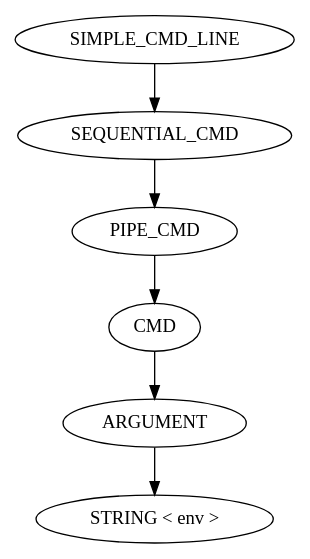
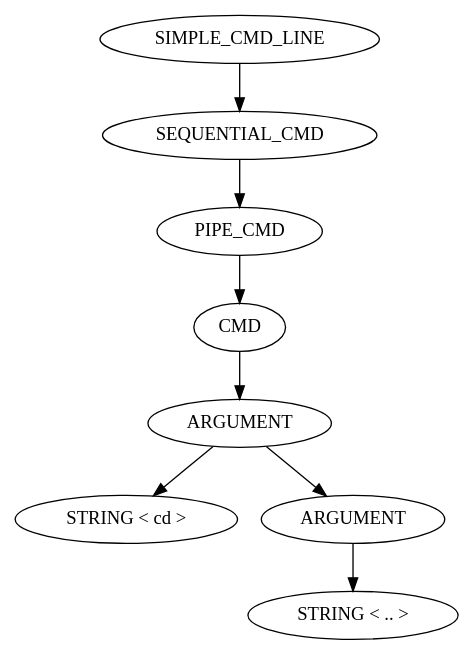
One commit to Glimbyte/exoshell changed the diagram in parser.dot. Above: the diagram before and after it, drawn with Graphviz. The commit also changed 7 other files, not shown here.

```diff
--- a/parser.dot
+++ b/parser.dot
@@ -1,13 +1,17 @@
 digraph PARSER {
-	NODE_0x145e081f0 [label="SIMPLE_CMD_LINE\n"];
-	NODE_0x145e081f0 -> NODE_0x145e081d0
-	NODE_0x145e081d0 [label="SEQUENTIAL_CMD\n"];
-	NODE_0x145e081d0 -> NODE_0x145e081b0
-	NODE_0x145e081b0 [label="PIPE_CMD\n"];
-	NODE_0x145e081b0 -> NODE_0x145e08190
-	NODE_0x145e08190 [label="CMD\n"];
-	NODE_0x145e08190 -> NODE_0x145e08170
-	NODE_0x145e08170 [label="ARGUMENT\n"];
-	NODE_0x145e08170 -> NODE_0x145e08150
-	NODE_0x145e08150 [label="STRING < env >\n"];
+	NODE_0x128004220 [label="SIMPLE_CMD_LINE\n"];
+	NODE_0x128004220 -> NODE_0x128004200
+	NODE_0x128004200 [label="SEQUENTIAL_CMD\n"];
+	NODE_0x128004200 -> NODE_0x1280041e0
+	NODE_0x1280041e0 [label="PIPE_CMD\n"];
+	NODE_0x1280041e0 -> NODE_0x1280041c0
+	NODE_0x1280041c0 [label="CMD\n"];
+	NODE_0x1280041c0 -> NODE_0x1280041a0
+	NODE_0x1280041a0 [label="ARGUMENT\n"];
+	NODE_0x1280041a0 -> NODE_0x128004140
+	NODE_0x1280041a0 -> NODE_0x128004180
+	NODE_0x128004140 [label="STRING < cd >\n"];
+	NODE_0x128004180 [label="ARGUMENT\n"];
+	NODE_0x128004180 -> NODE_0x128004160
+	NODE_0x128004160 [label="STRING < .. >\n"];
 }
```
